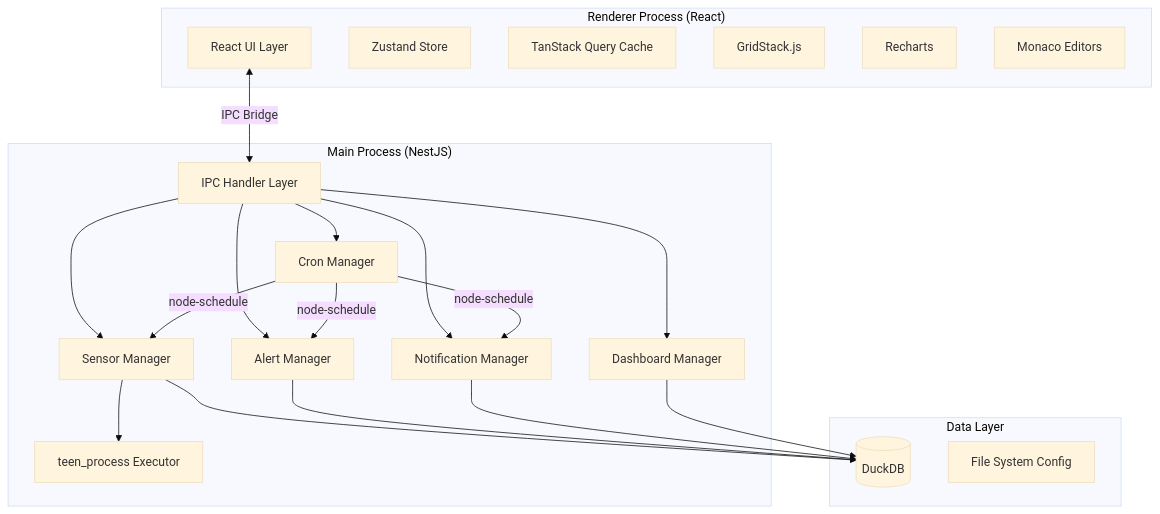
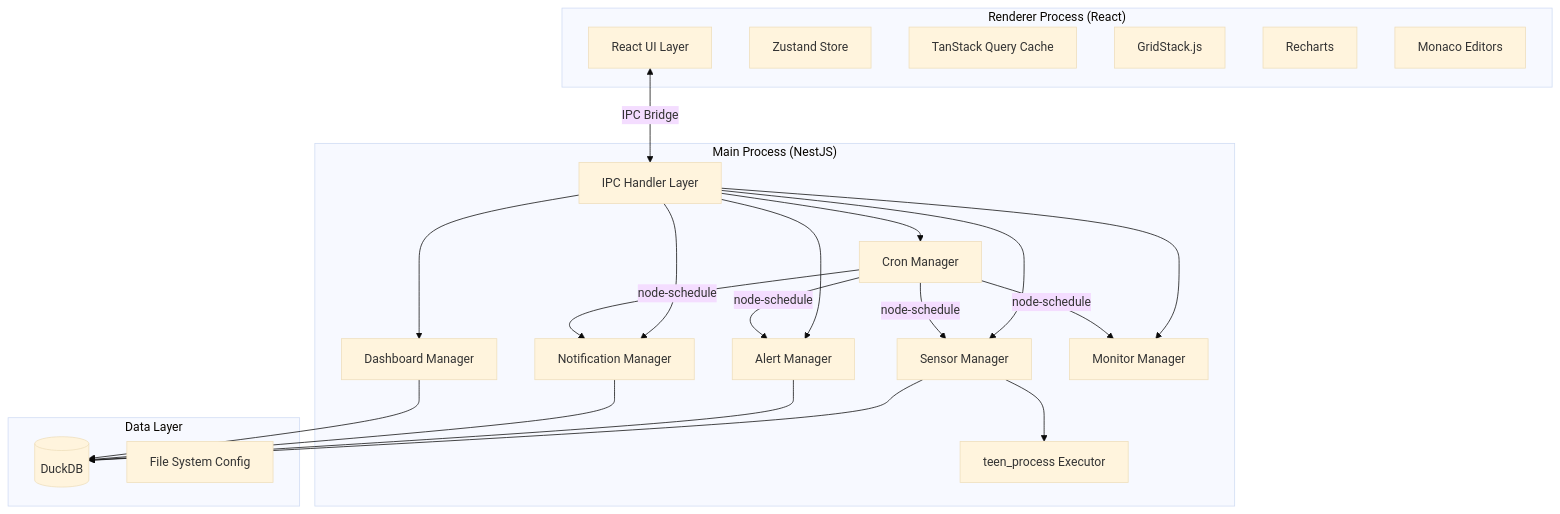
One commit to Azerothian/dash changed the first of 15 diagrams in docs/specification.md. Above: the diagram before and after it, drawn with Mermaid (base theme). The commit also changed other lines of this file, not shown here.

First line of the commit message:
docs: add Monitor feature to specification

````diff
--- a/docs/specification.md
+++ b/docs/specification.md
@@ -25,41 +25,44 @@
 ```mermaid
 graph TB
     subgraph Renderer["Renderer Process (React)"]
         UI[React UI Layer]
         ZS[Zustand Store]
         TQ[TanStack Query Cache]
         GS[GridStack.js]
         RC[Recharts]
         ME[Monaco Editors]
     end
 
     subgraph Main["Main Process (NestJS)"]
         IPC[IPC Handler Layer]
         SM[Sensor Manager]
         AM[Alert Manager]
         NM[Notification Manager]
         CM[Cron Manager]
         DM[Dashboard Manager]
+        MM[Monitor Manager]
         TP[teen_process Executor]
     end
 
     subgraph Data["Data Layer"]
         DB[(DuckDB)]
         FS[File System Config]
     end
 
     UI <-->|IPC Bridge| IPC
     IPC --> SM
     IPC --> AM
     IPC --> NM
     IPC --> CM
     IPC --> DM
+    IPC --> MM
     SM --> TP
     SM --> DB
     AM --> DB
     NM --> DB
     DM --> DB
     CM -->|node-schedule| SM
     CM -->|node-schedule| AM
     CM -->|node-schedule| NM
+    CM -->|node-schedule| MM
 ```
````
